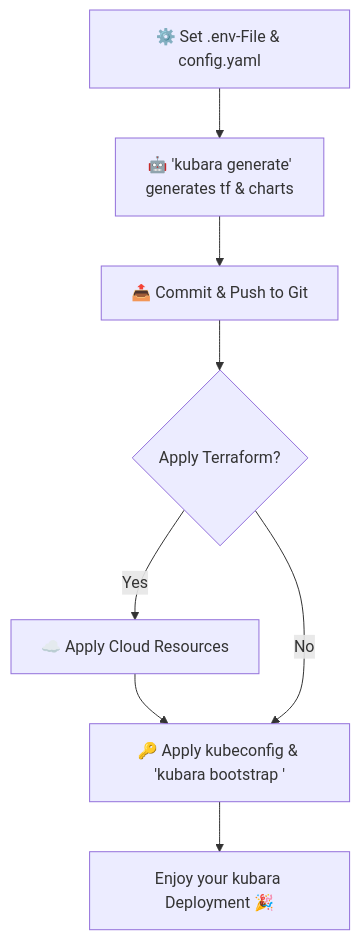
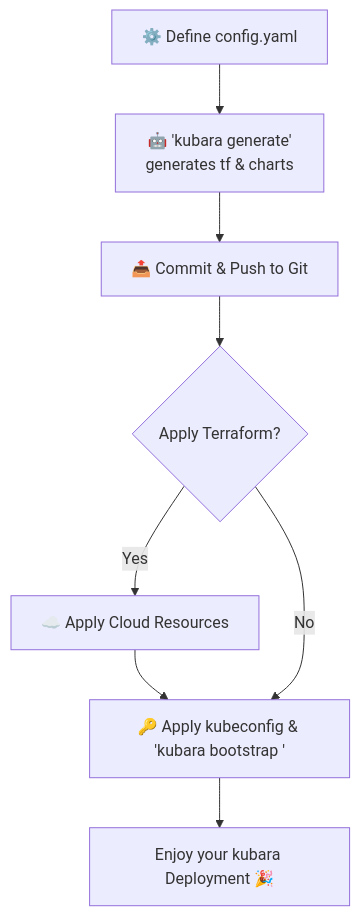
Before and after one commit to kubara-io/kubara: the diagram in next/2_concepts/overview_core_concept/index.md, drawn with Mermaid. The commit also changed other lines of this file and 74 other files, not shown here.

````diff
--- a/next/2_concepts/overview_core_concept/index.md
+++ b/next/2_concepts/overview_core_concept/index.md
@@ -75,10 +75,10 @@
 ``` mermaid
 graph TD
-    A[⚙️ Set .env-File & config.yaml] --> B;
+    A[⚙️ Define config.yaml] --> B;
     B[🤖 'kubara generate' <br> generates tf & charts] --> C;
     C[📤 Commit & Push to Git] --> D{Apply Terraform?};
     D -- Yes --> G[☁️ Apply Cloud Resources];
     G --> I[🔑 Apply kubeconfig & 'kubara bootstrap <cluster-name>'];
     D -- No --> I;
     I --> F[Enjoy your kubara Deployment 🎉];
 ```
````
